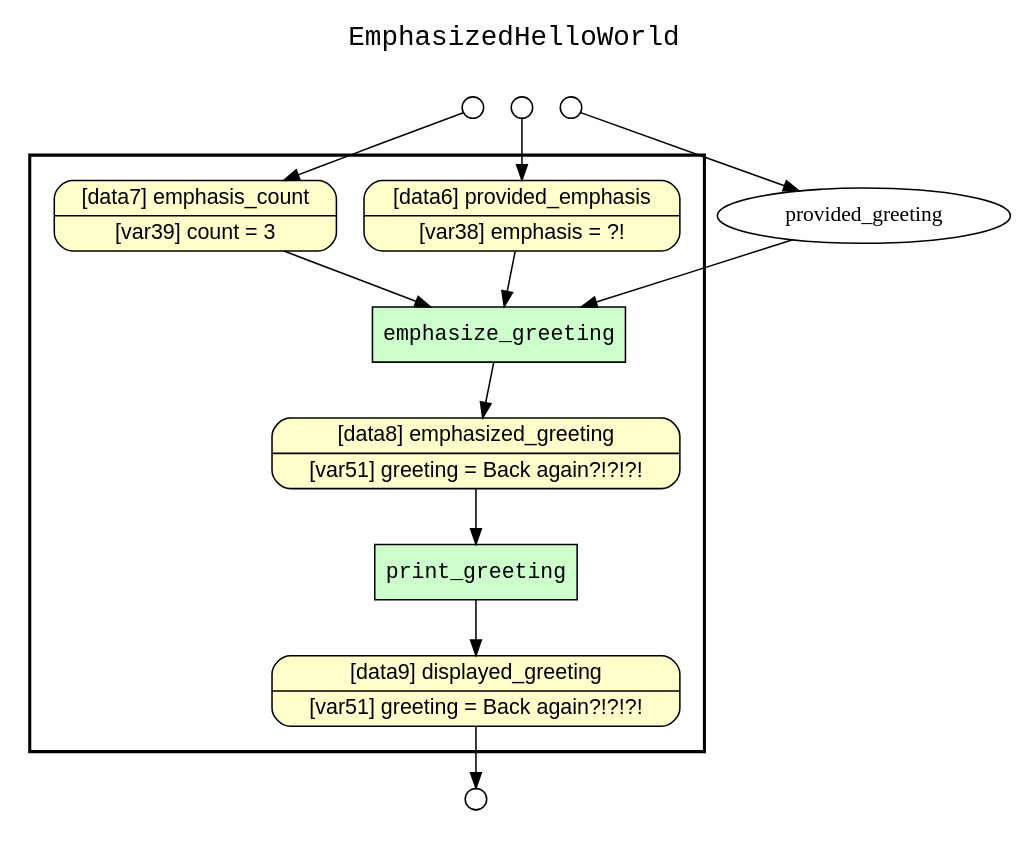
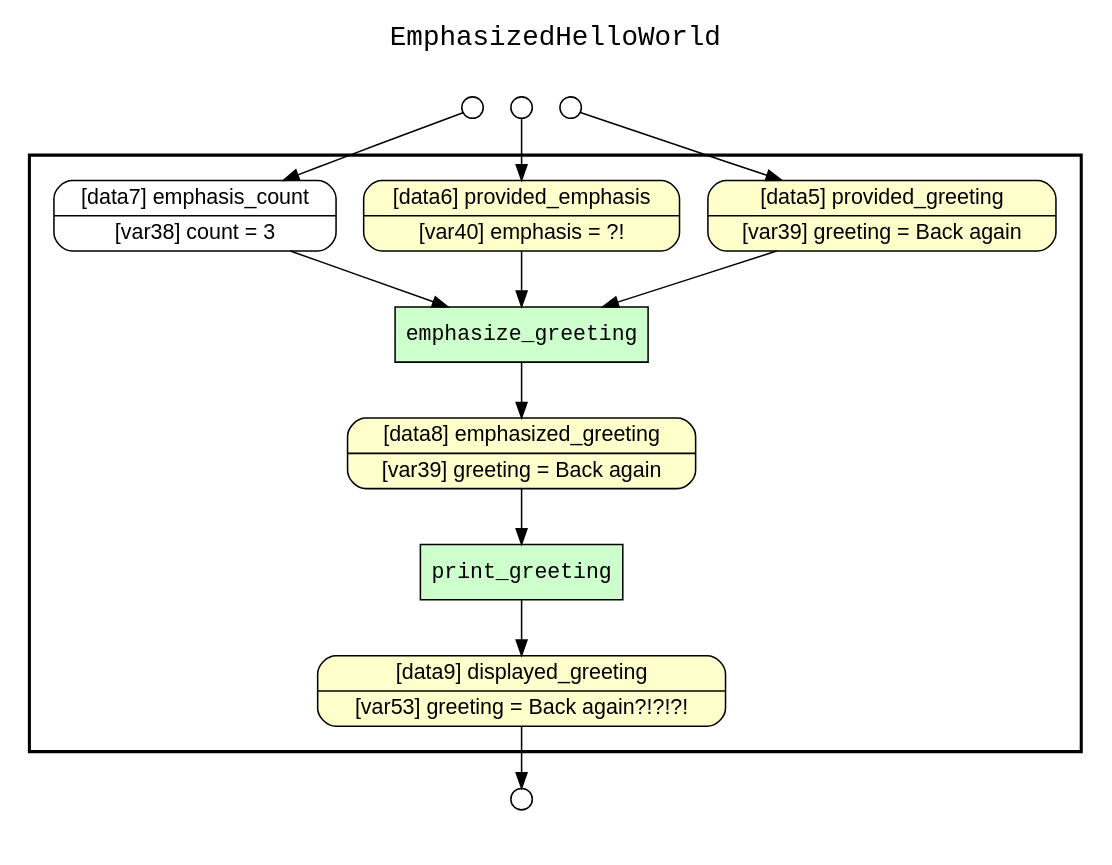
One commit to yesworkflow-org/yw-noworkflow changed the diagram in examples/04_iterative_emphasis/yw_nw_retrospective_lineage.gv. Above: the diagram before and after it, drawn with Graphviz. The commit also changed 26 other files, not shown here.

Commit message:
Retrospective lineage graph now correct when variable dependencies are by assignment.

```diff
--- a/examples/04_iterative_emphasis/yw_nw_retrospective_lineage.gv
+++ b/examples/04_iterative_emphasis/yw_nw_retrospective_lineage.gv
@@ -1,40 +1,43 @@
 
 digraph yw_data_view {
 rankdir=TB
 fontname=Courier; fontsize=18; labelloc=t
 label="EmphasizedHelloWorld"
 subgraph cluster_workflow { label=""; color=black; penwidth=2
 subgraph cluster_workflow_inner { label=""; color=white
 node[shape=box style="filled" fillcolor="#CCFFCC" peripheries=1 fontname=Courier]
 emphasize_greeting
 print_greeting
 node[shape=box style="filled" fillcolor="#CCFFCC" peripheries=1 fontname=Courier]
 node[shape=box style="rounded,filled" fillcolor="#FFFFCC" peripheries=1 fontname=Helvetica]
-provided_emphasis [shape=record rankdir=LR label="{<f0> [data6] provided_emphasis |<f1> [var38] emphasis = ?!}"]
-emphasis_count [shape=record rankdir=LR label="{<f0> [data7] emphasis_count |<f1> [var39] count = 3}"]
-emphasized_greeting [shape=record rankdir=LR label="{<f0> [data8] emphasized_greeting |<f1> [var51] greeting = Back again?!?!?!}"]
-displayed_greeting [shape=record rankdir=LR label="{<f0> [data9] displayed_greeting |<f1> [var51] greeting = Back again?!?!?!}"]
+provided_greeting [shape=record rankdir=LR label="{<f0> [data5] provided_greeting |<f1> [var39] greeting = Back again}"]
+provided_emphasis [shape=record rankdir=LR label="{<f0> [data6] provided_emphasis |<f1> [var40] emphasis = ?!}"]
+emphasized_greeting [shape=record rankdir=LR label="{<f0> [data8] emphasized_greeting |<f1> [var53] greeting = Back again?!?!?!}"]
+emphasized_greeting [shape=record rankdir=LR label="{<f0> [data8] emphasized_greeting |<f1> [var39] greeting = Back again}"]
+displayed_greeting [shape=record rankdir=LR label="{<f0> [data9] displayed_greeting |<f1> [var53] greeting = Back again?!?!?!}"]
+node[shape=box style="rounded,filled" fillcolor="#FFFFFF" peripheries=1 fontname=Helvetica]
+emphasis_count [shape=record rankdir=LR label="{<f0> [data7] emphasis_count |<f1> [var38] count = 3}"]
 }}
 subgraph cluster_inflows { label=""; color=white; penwidth=2
 subgraph cluster_inflows_inner { label=""; color=white
 node[shape=circle fillcolor="#FFFFFF" peripheries=1 width=0.2]
 emphasis_count_inflow [label=""]
 provided_emphasis_inflow [label=""]
 provided_greeting_inflow [label=""]
 }}
 subgraph cluster_outflows { label=""; color=white; penwidth=2
 subgraph cluster_outflows_inner { label=""; color=white
 node[shape=circle fillcolor="#FFFFFF" peripheries=1 width=0.2]
 displayed_greeting_outflow [label=""]
 }}
 provided_greeting -> emphasize_greeting
 provided_emphasis -> emphasize_greeting
 emphasis_count -> emphasize_greeting
 emphasized_greeting -> print_greeting
 emphasize_greeting -> emphasized_greeting
 print_greeting -> displayed_greeting
 emphasis_count_inflow -> emphasis_count
 provided_emphasis_inflow -> provided_emphasis
 provided_greeting_inflow -> provided_greeting
 displayed_greeting -> displayed_greeting_outflow
 }
```
